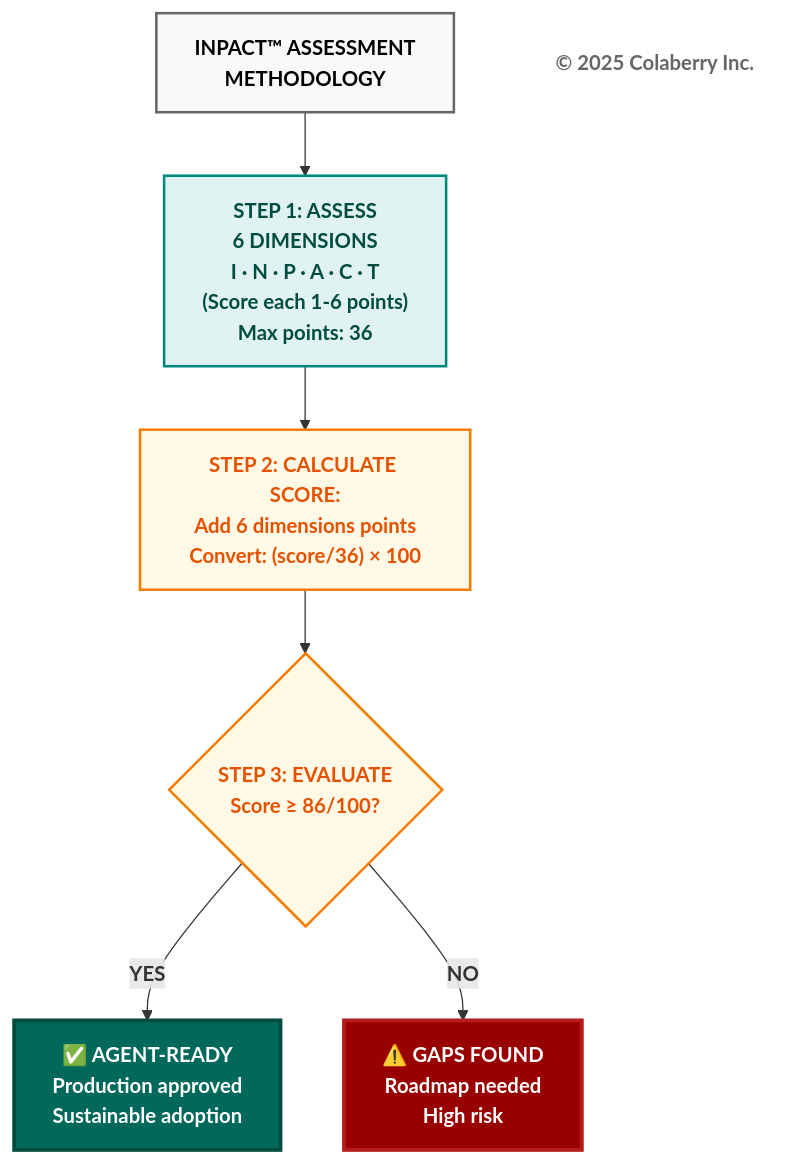
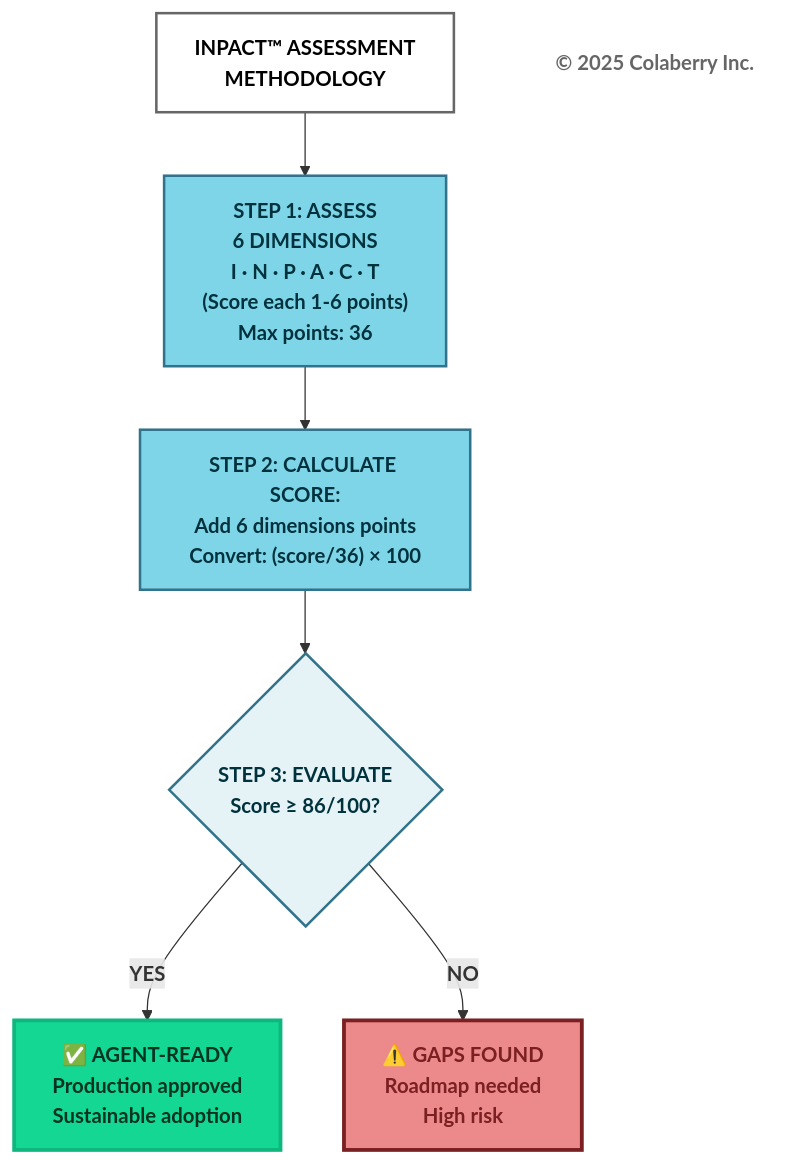
The fifth of 12 diagrams in manuscript/03_chapter_2_inpact_framework.md (saitejesh-cyber/trust-before-intelligence-book), drawn with Mermaid before and after one commit. The commit also changed other lines of this file, not shown here.

Commit message:
Update mermaid diagrams as per new coloberry color and contrast ratio for chapter 3

````diff
--- a/manuscript/03_chapter_2_inpact_framework.md
+++ b/manuscript/03_chapter_2_inpact_framework.md
@@ -288,28 +288,28 @@
 ```mermaid
 graph TB
     TITLE["<b>INPACT™ ASSESSMENT<br/> METHODOLOGY</b>"]
     
     ASSESS["<b>STEP 1: ASSESS<br/> 6 DIMENSIONS</b><br/><b>I · N · P · A · C · T</b><br/><b>(Score each 1-6 points)</br>Max points: 36</b>"]
     
     CALC["<b>STEP 2: CALCULATE SCORE:</b><br/><b>Add 6 dimensions points</b><br/><b>Convert: (score/36) × 100</b>"]
     
     DECISION{"<b>STEP 3: EVALUATE</b><br/><b>Score ≥ 86/100?</b>"}
     
     READY["<b>✅ AGENT-READY</b><br/><b>Production approved</b><br/><b>Sustainable adoption</b>"]
     
     GAPS["<b>⚠️ GAPS FOUND</b><br/><b>Roadmap needed</b><br/><b>High risk</b>"]
     
     COPYRIGHT["<b>© 2025 Colaberry Inc.</b>"]
     
     TITLE --> ASSESS --> CALC --> DECISION
     DECISION -->|<b>YES</b>| READY
     DECISION -->|<b>NO</b>| GAPS
     
-    style TITLE fill:#f9f9f9,stroke:#666666,stroke-width:2px,color:#000000
-    style ASSESS fill:#e0f2f1,stroke:#00897b,stroke-width:2px,color:#004d40
-    style CALC fill:#fff9e6,stroke:#f57c00,stroke-width:2px,color:#e65100
-    style DECISION fill:#fff9e6,stroke:#f57c00,stroke-width:2px,color:#e65100
-    style READY fill:#00695c,color:#ffffff,stroke:#004d40,stroke-width:3px
-    style GAPS fill:#990000,color:#ffffff,stroke:#b71c1c,stroke-width:3px
+    style TITLE fill:#ffffff,stroke:#666666,stroke-width:2px,color:#000000
+    style ASSESS fill:#7FD5E8,stroke:#32738C,stroke-width:2px,color:#00323D
+    style CALC fill:#7FD5E8,stroke:#32738C,stroke-width:2px,color:#00323D
+    style DECISION fill:#E6F3F6,stroke:#32738C,stroke-width:2px,color:#00323D
+    style READY fill:#14D793,color:#003322,stroke:#0FB67D,stroke-width:3px
+    style GAPS fill:#EB898B,color:#7A1F22,stroke:#7A1F22,stroke-width:3px
     style COPYRIGHT fill:#ffffff,stroke:none,color:#666666
 ```
````
